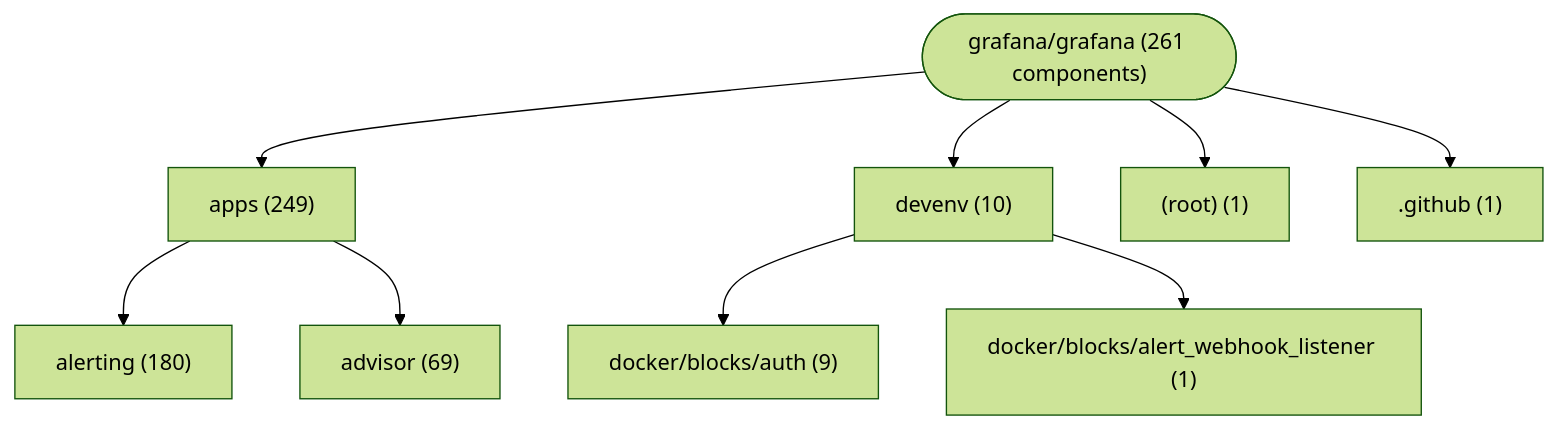
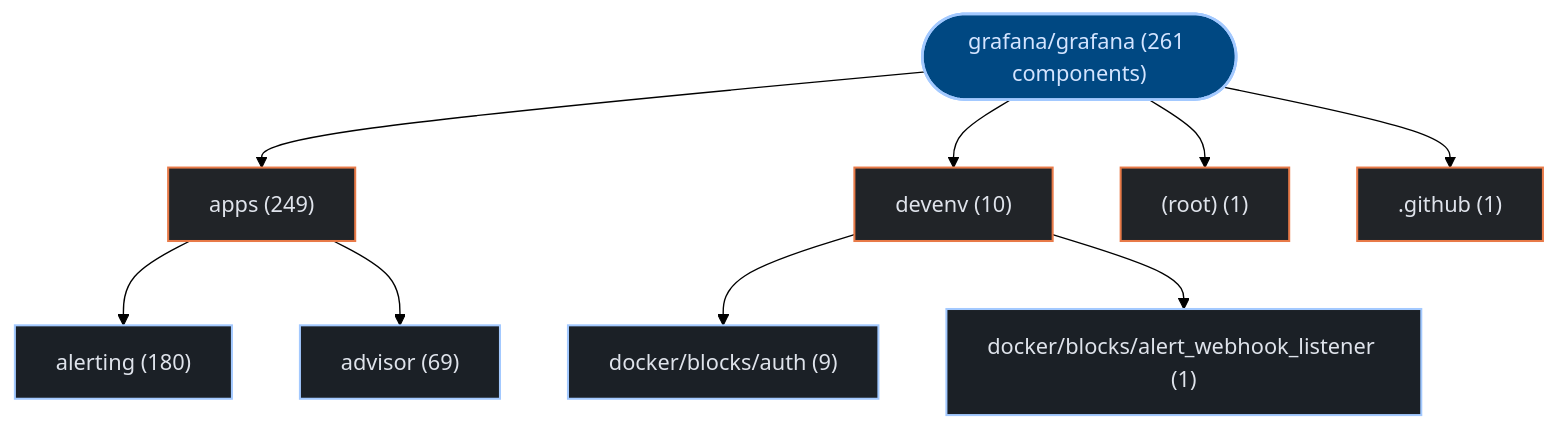
Before and after one commit to kumarshaz/atruss-code-atlas: the first of 3 diagrams in exports/latest/reports/grafana-grafana-report.md, drawn with Mermaid (forest theme). The commit also changed other lines of this file and 331 other files, not shown here.

Commit message:
docs,ui,fix: update SDLC docs, reorder CI/CD DAG first, stylize Mermaid, and fix Arc42 pipeline topology

````diff
--- a/exports/latest/reports/grafana-grafana-report.md
+++ b/exports/latest/reports/grafana-grafana-report.md
@@ -42,20 +42,27 @@
 ```mermaid
 graph TD;
-    repo_root(["grafana/grafana (261 components)"])
-    dir_0_apps["apps (249)"]
+  classDef atlasRoot fill:#004882,stroke:#a3c9ff,stroke-width:2px,color:#d3e4ff
+  classDef atlasCategory fill:#212428,stroke:#E87A48,stroke-width:1.5px,color:#dfe3eb
+  classDef atlasWorkflow fill:#1b2026,stroke:#a3c9ff,stroke-width:1.5px,color:#dfe3eb
+  classDef atlasJob fill:#171c22,stroke:#8d9199,stroke-width:1px,color:#dfe3eb
+  classDef atlasTarget fill:#005227,stroke:#8bd99b,stroke-width:1.5px,color:#a7f6b6
+  classDef atlasAlert fill:#93000a,stroke:#ffb4ab,stroke-width:1.5px,color:#ffdad6
+  classDef atlasMore fill:#252a31,stroke:#8d9199,stroke-dasharray:4 4,color:#c3c6cf
+    repo_root(["grafana/grafana (261 components)"]):::atlasRoot
+    dir_0_apps["apps (249)"]:::atlasCategory
     repo_root --> dir_0_apps
-    sub_0_0_alerting["alerting (180)"]
+    sub_0_0_alerting["alerting (180)"]:::atlasWorkflow
     dir_0_apps --> sub_0_0_alerting
-    sub_0_1_advisor["advisor (69)"]
+    sub_0_1_advisor["advisor (69)"]:::atlasWorkflow
     dir_0_apps --> sub_0_1_advisor
-    dir_1_devenv["devenv (10)"]
+    dir_1_devenv["devenv (10)"]:::atlasCategory
     repo_root --> dir_1_devenv
-    sub_1_0_docker_blocks_auth["docker/blocks/auth (9)"]
+    sub_1_0_docker_blocks_auth["docker/blocks/auth (9)"]:::atlasWorkflow
     dir_1_devenv --> sub_1_0_docker_blocks_auth
-    sub_1_1_docker_blocks_alert_webhook_listener["docker/blocks/alert_webhook_listener (1)"]
+    sub_1_1_docker_blocks_alert_webhook_listener["docker/blocks/alert_webhook_listener (1)"]:::atlasWorkflow
     dir_1_devenv --> sub_1_1_docker_blocks_alert_webhook_listener
-    dir_2__root_["(root) (1)"]
+    dir_2__root_["(root) (1)"]:::atlasCategory
     repo_root --> dir_2__root_
-    dir_3__github[".github (1)"]
+    dir_3__github[".github (1)"]:::atlasCategory
     repo_root --> dir_3__github
 ```
````
